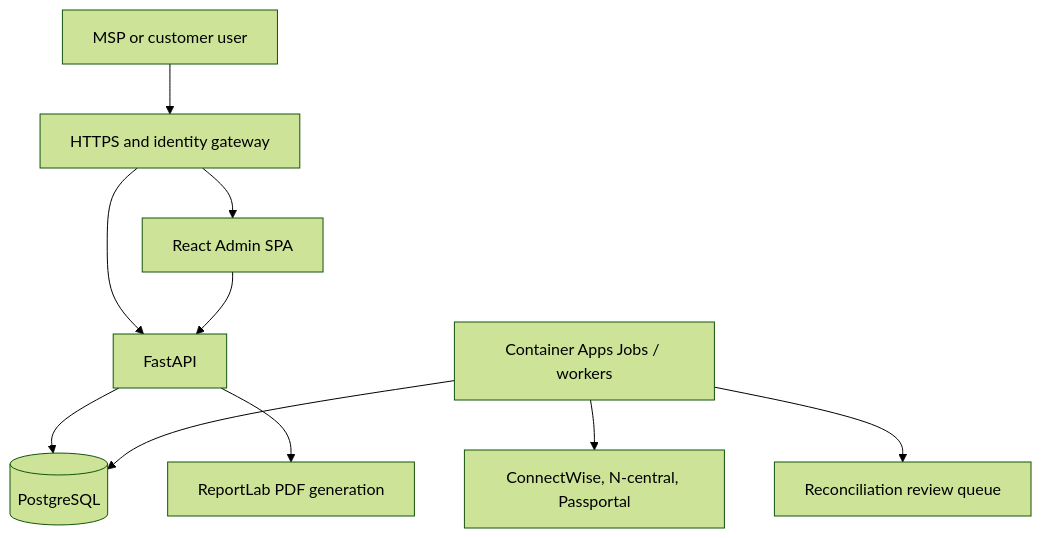
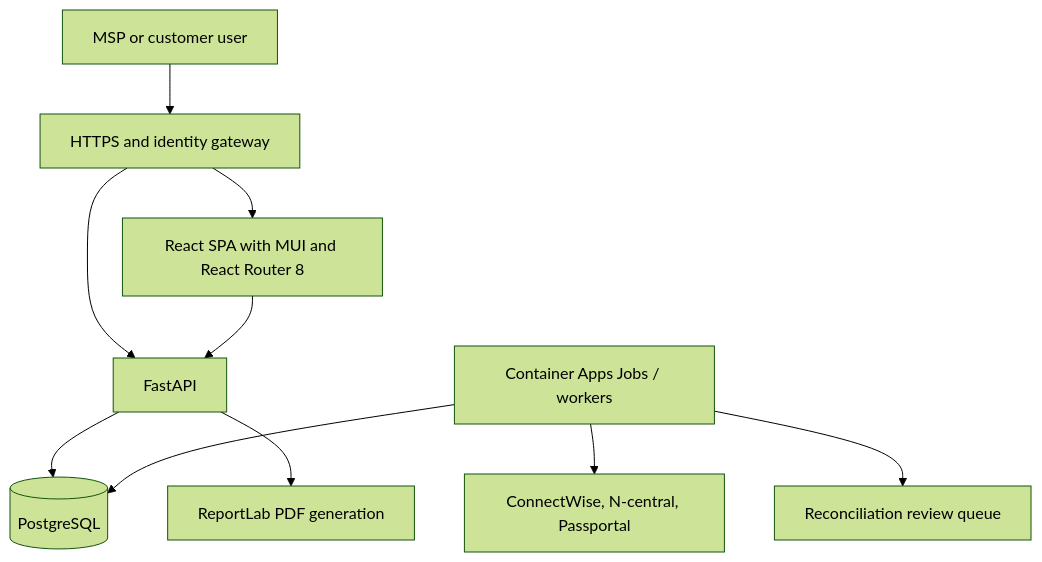
The diagram in ARCHITECTURE.md (IPT-Holdings-PTY-Ltd/ipt-cmdb), drawn with Mermaid (forest theme) before and after one commit. The commit also changed other lines of this file and 42 other files, not shown here.

````diff
--- a/ARCHITECTURE.md
+++ b/ARCHITECTURE.md
@@ -7,12 +7,12 @@
 ```mermaid
 flowchart TB
     USER[MSP or customer user] --> EDGE[HTTPS and identity gateway]
-    EDGE --> SPA[React Admin SPA]
+    EDGE --> SPA[React SPA with MUI and React Router 8]
     EDGE --> API[FastAPI]
     SPA --> API
     API --> PG[(PostgreSQL)]
     API --> REPORTS[ReportLab PDF generation]
     JOBS[Container Apps Jobs / workers] --> PROVIDERS[ConnectWise, N-central, Passportal]
     JOBS --> PG
     JOBS --> QUEUE[Reconciliation review queue]
 ```
````
